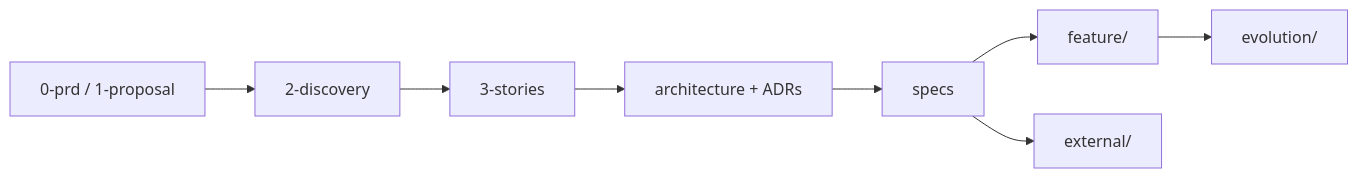
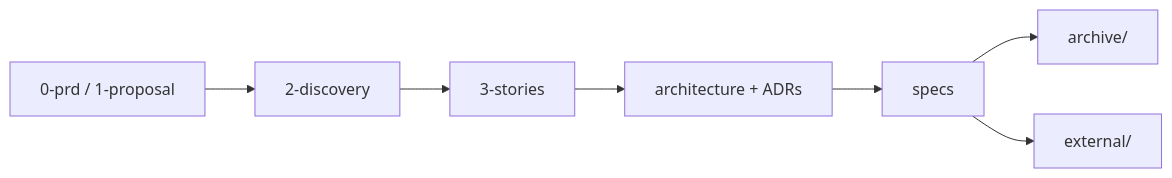
The diagram in docs/README.md (wakeuplabs-io/alpen-multisig), drawn with Mermaid before and after one commit. The commit also changed other lines of this file and 4 other files, not shown here.

````diff
--- a/docs/README.md
+++ b/docs/README.md
@@ -9,14 +9,14 @@
 ```mermaid
 flowchart LR
   PRD["0-prd / 1-proposal"]
   DISC["2-discovery"]
   STORIES["3-stories"]
   ARCH["architecture + ADRs"]
   SPECS["specs"]
-  FEAT["feature/"]
-  EVO["evolution/"]
+  ARCHIVE["archive/"]
   EXT["external/"]
 
-  PRD --> DISC --> STORIES --> ARCH --> SPECS --> FEAT --> EVO
+  PRD --> DISC --> STORIES --> ARCH --> SPECS
+  SPECS --> ARCHIVE
   SPECS --> EXT
 ```
````
